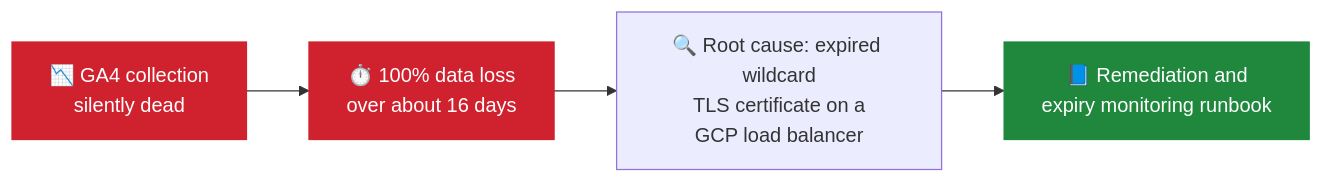
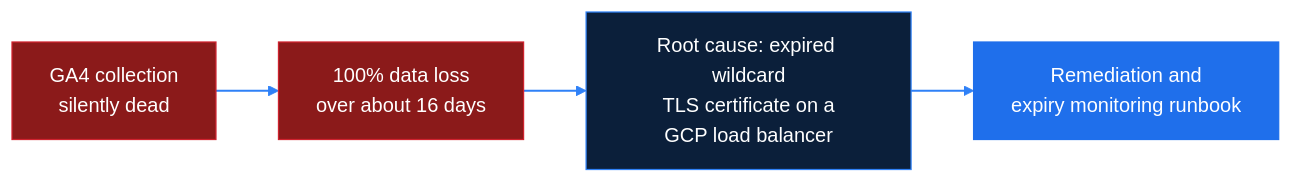
The second of 4 diagrams in README.md (Mahmoudrda/Mahmoudrda), drawn with Mermaid before and after one commit. The commit also changed other lines of this file, not shown here.

````diff
--- a/README.md
+++ b/README.md
@@ -263,10 +217,12 @@
 ```mermaid
 flowchart LR
-    A["📉 GA4 collection<br/>silently dead"] --> B["⏱️ 100% data loss<br/>over about 16 days"]
-    B --> C["🔍 Root cause: expired wildcard<br/>TLS certificate on a<br/>GCP load balancer"]
-    C --> D["📘 Remediation and<br/>expiry monitoring runbook"]
-    classDef bad fill:#CF222E,stroke:#CF222E,color:#FFFFFF
-    classDef fix fill:#1F883D,stroke:#1F883D,color:#FFFFFF
-    class A,B bad
-    class D fix
+    A["GA4 collection<br/>silently dead"] --> B["100% data loss<br/>over about 16 days"]
+    B --> C["Root cause: expired wildcard<br/>TLS certificate on a<br/>GCP load balancer"]
+    C --> D["Remediation and<br/>expiry monitoring runbook"]
+    classDef default fill:#0B1F3A,stroke:#2F81F7,stroke-width:1px,color:#FFFFFF
+    classDef alert fill:#8B1A1A,stroke:#CF222E,stroke-width:1px,color:#FFFFFF
+    classDef resolved fill:#1F6FEB,stroke:#1F6FEB,stroke-width:1px,color:#FFFFFF
+    class A,B alert
+    class D resolved
+    linkStyle default stroke:#2F81F7,stroke-width:1.5px
 ```
````
